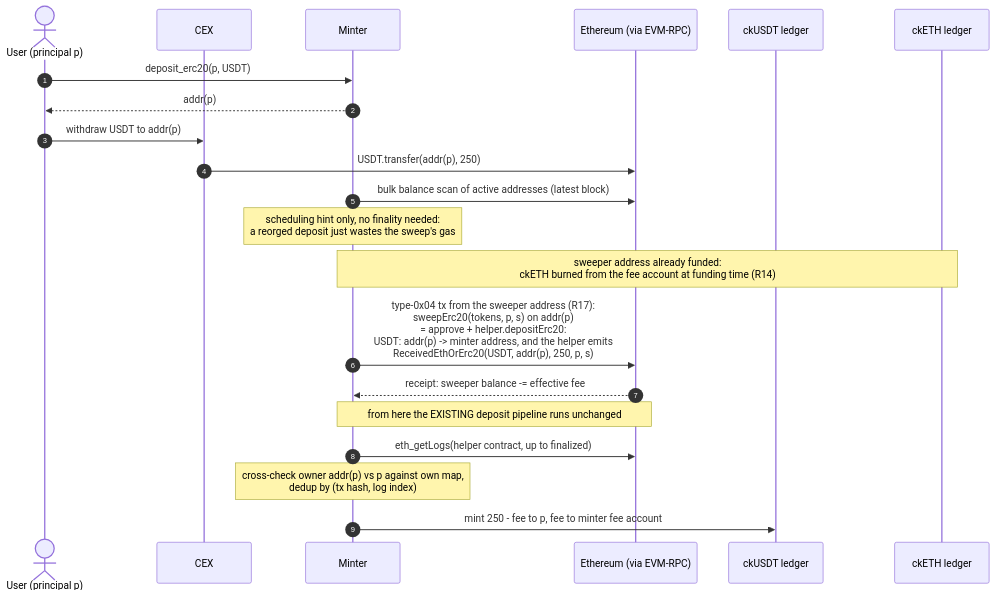
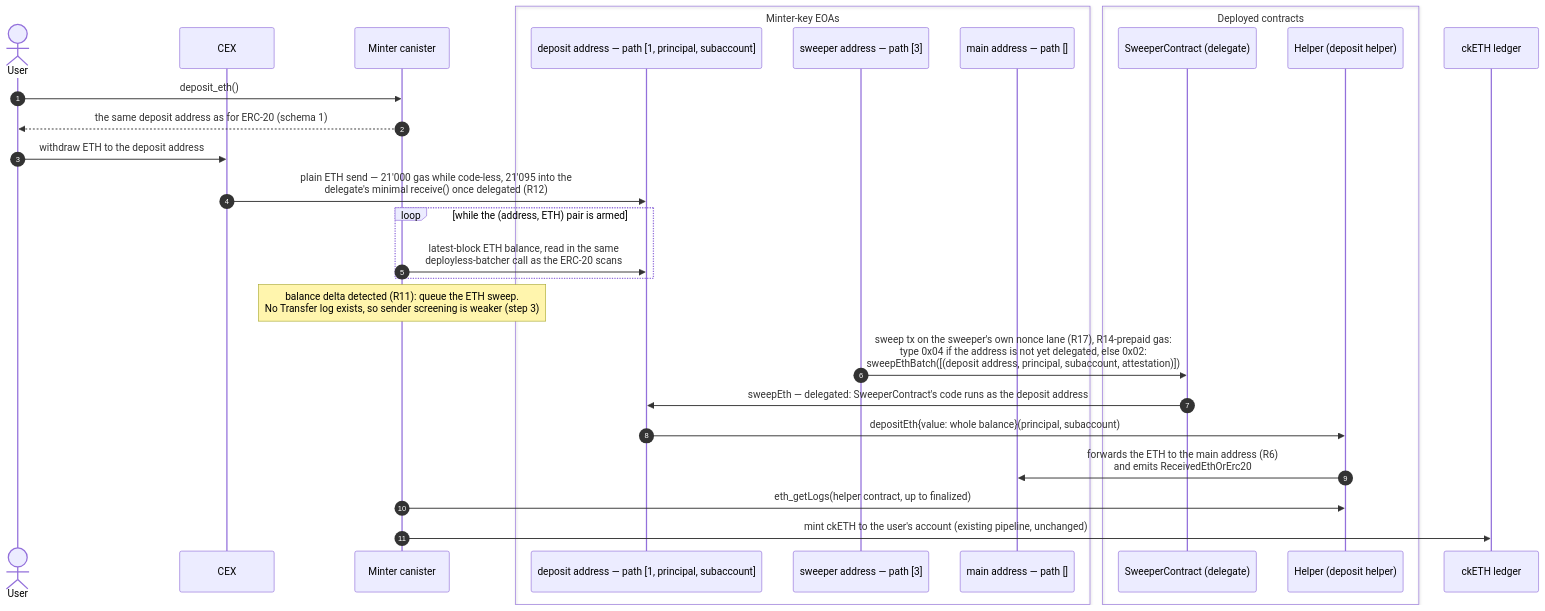
The third of 5 diagrams in rs/ethereum/cketh/docs/deposit_from_cex.md (dfinity/ic), drawn with Mermaid before and after one commit. The commit also changed other lines of this file, not shown here.

First line of the commit message:
docs(cketh): rework deposit-from-CEX diagrams around minter addresses (#11313)

````diff
--- a/rs/ethereum/cketh/docs/deposit_from_cex.md
+++ b/rs/ethereum/cketh/docs/deposit_from_cex.md
@@ -265,24 +927,32 @@
 ```mermaid
 sequenceDiagram
     autonumber
-    actor User as User (principal p)
+    actor User
     participant CEX
-    participant Minter
-    participant Eth as Ethereum (via EVM-RPC)
-    participant CkUsdtLedger as ckUSDT ledger
-    participant CkEthLedger as ckETH ledger
+    participant Minter as Minter canister
+    box Minter-key EOAs
+        participant D as deposit address — path [1, principal, subaccount]
+        participant Sw as sweeper address — path [3]
+        participant Main as main address — path []
+    end
+    box Deployed contracts
+        participant S as SweeperContract (delegate)
+        participant H as Helper (deposit helper)
+    end
+    participant Ledger as ckETH ledger
 
-    User->>Minter: deposit_erc20(p, USDT)
-    Minter-->>User: addr(p)
-    User->>CEX: withdraw USDT to addr(p)
-    CEX->>Eth: USDT.transfer(addr(p), 250)
-    Minter->>Eth: bulk balance scan of active addresses (latest block)
-    Note over Minter: scheduling hint only, no finality needed:<br/>a reorged deposit just wastes the sweep's gas
-    Note over Minter,CkEthLedger: sweeper address already funded:<br/>ckETH burned from the fee account at funding time (R14)
-    Minter->>Eth: type-0x04 tx from the sweeper address (R17):<br/>sweepErc20(tokens, p, s) on addr(p)<br/>= approve + helper.depositErc20:<br/>USDT: addr(p) -> minter address, and the helper emits<br/>ReceivedEthOrErc20(USDT, addr(p), 250, p, s)
-    Eth-->>Minter: receipt: sweeper balance -= effective fee
-    Note over Minter,Eth: from here the EXISTING deposit pipeline runs unchanged
-    Minter->>Eth: eth_getLogs(helper contract, up to finalized)
-    Note over Minter: cross-check owner addr(p) vs p against own map,<br/>dedup by (tx hash, log index)
-    Minter->>CkUsdtLedger: mint 250 - fee to p, fee to minter fee account
+    User->>Minter: deposit_eth()
+    Minter-->>User: the same deposit address as for ERC-20 (schema 1)
+    User->>CEX: withdraw ETH to the deposit address
+    CEX->>D: plain ETH send — 21'000 gas while code-less, 21'095 into the<br/>delegate's minimal receive() once delegated (R12)
+    loop while the (address, ETH) pair is armed
+        Minter->>D: latest-block ETH balance, read in the same<br/>deployless-batcher call as the ERC-20 scans
+    end
+    Note over Minter: balance delta detected (R11): queue the ETH sweep.<br/>No Transfer log exists, so sender screening is weaker (step 3)
+    Sw->>S: sweep tx on the sweeper's own nonce lane (R17), R14-prepaid gas:<br/>type 0x04 if the address is not yet delegated, else 0x02:<br/>sweepEthBatch([(deposit address, principal, subaccount, attestation)])
+    S->>D: sweepEth — delegated: SweeperContract's code runs as the deposit address
+    D->>H: depositEth{value: whole balance}(principal, subaccount)
+    H->>Main: forwards the ETH to the main address (R6)<br/>and emits ReceivedEthOrErc20
+    Minter->>H: eth_getLogs(helper contract, up to finalized)
+    Minter->>Ledger: mint ckETH to the user's account (existing pipeline, unchanged)
 ```
````
